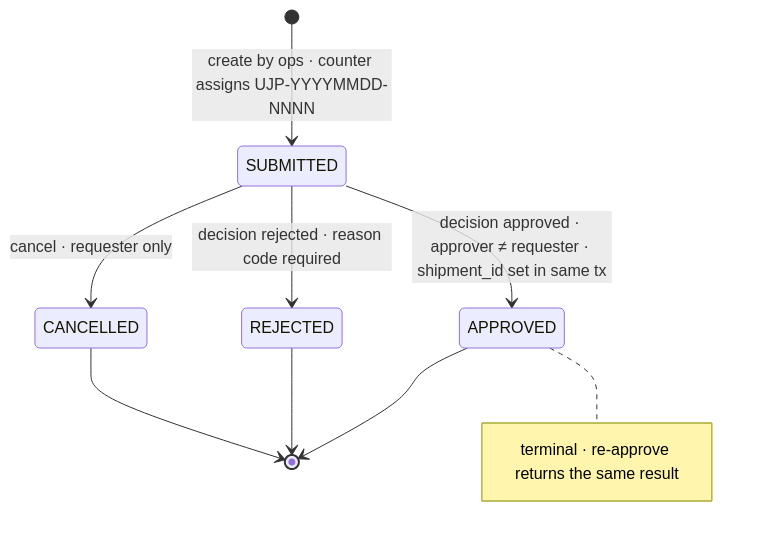
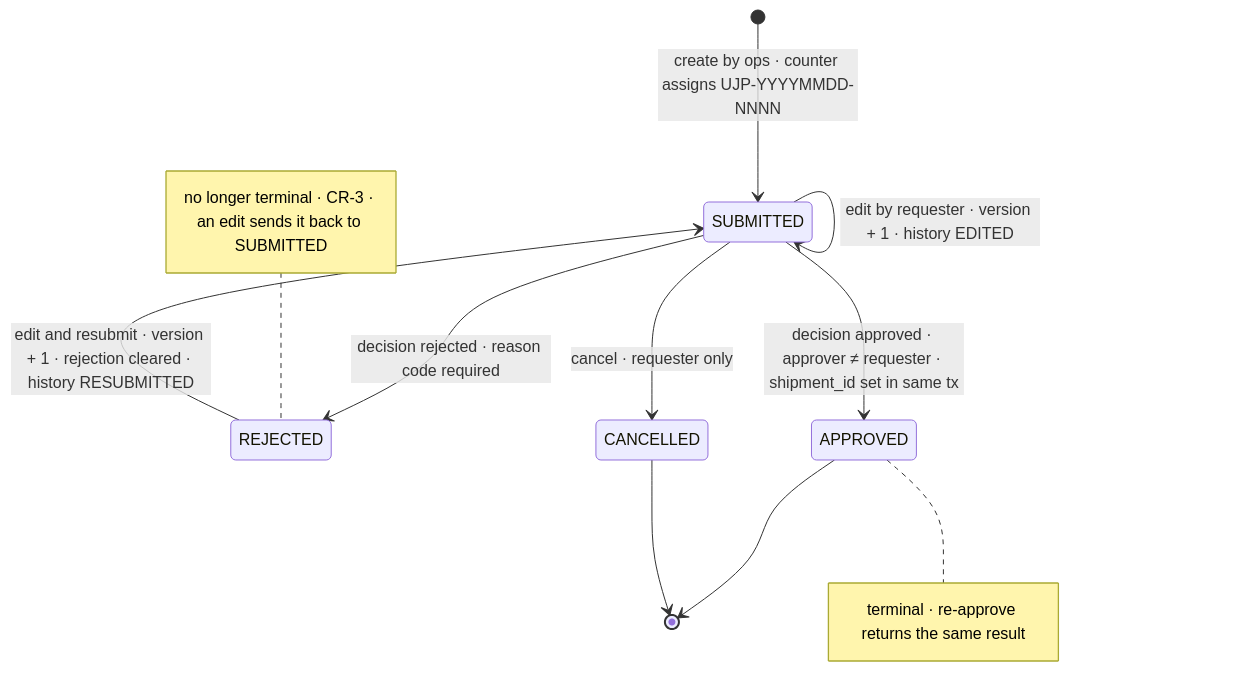
Before and after one commit to dash-electric/logistic-knowledge-vault: the fifth of 10 diagrams in docs/modules/ujp/ujp-trd-v3.md, drawn with Mermaid. The commit also changed other lines of this file and 2 other files, not shown here.

First line of the commit message:
docs(ujp): CR-3 — requester edits a UJP while Menunggu or Ditolak (PRD/TRD v3 in place, ERD)

````diff
--- a/docs/modules/ujp/ujp-trd-v3.md
+++ b/docs/modules/ujp/ujp-trd-v3.md
@@ -336,13 +341,17 @@
 ```mermaid
 stateDiagram-v2
   [*] --> SUBMITTED : create by ops · counter assigns UJP-YYYYMMDD-NNNN
+  SUBMITTED --> SUBMITTED : edit by requester · version + 1 · history EDITED
+  REJECTED --> SUBMITTED : edit and resubmit · version + 1 · rejection cleared · history RESUBMITTED
   SUBMITTED --> APPROVED : decision approved · approver ≠ requester · shipment_id set in same tx
   SUBMITTED --> REJECTED : decision rejected · reason code required
   SUBMITTED --> CANCELLED : cancel · requester only
   APPROVED --> [*]
-  REJECTED --> [*]
   CANCELLED --> [*]
   note right of APPROVED
     terminal · re-approve returns the same result
   end note
+  note left of REJECTED
+    no longer terminal · CR-3 · an edit sends it back to SUBMITTED
+  end note
 ```
````
